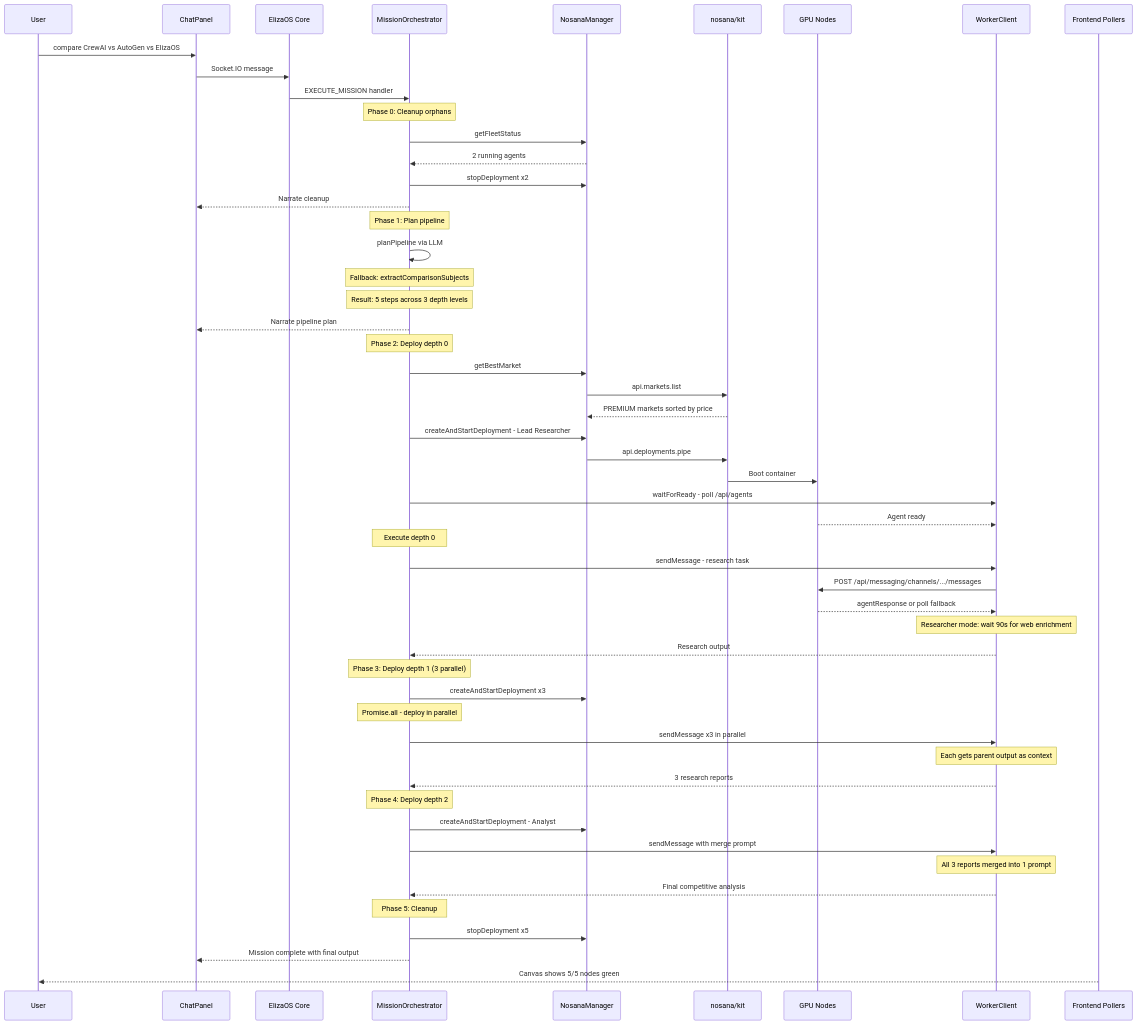
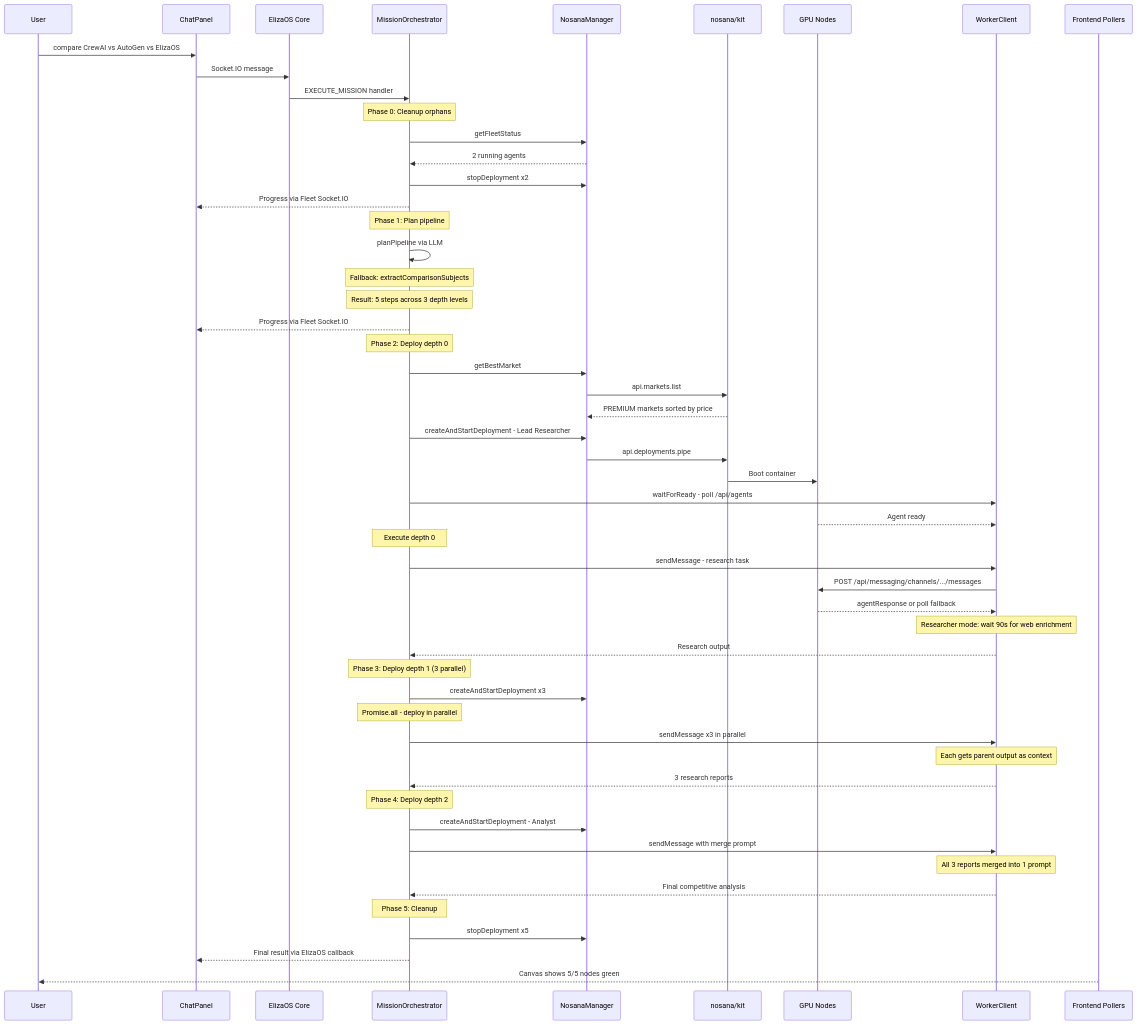
One commit to Andy00L/agent-challenge-4 changed the fourth of 8 diagrams in ARCHITECTURE.md. Above: the diagram before and after it, drawn with Mermaid. The commit also changed other lines of this file and 6 other files, not shown here.

````diff
--- a/ARCHITECTURE.md
+++ b/ARCHITECTURE.md
@@ -121,64 +154,64 @@
 ```mermaid
 sequenceDiagram
     participant User
     participant Chat as ChatPanel
     participant EOS as ElizaOS Core
     participant Orch as MissionOrchestrator
     participant Mgr as NosanaManager
     participant SDK as nosana/kit
     participant GPU as GPU Nodes
     participant WC as WorkerClient
     participant FE as Frontend Pollers
 
     User->>Chat: compare CrewAI vs AutoGen vs ElizaOS
     Chat->>EOS: Socket.IO message
     EOS->>Orch: EXECUTE_MISSION handler
 
     Note over Orch: Phase 0: Cleanup orphans
     Orch->>Mgr: getFleetStatus
     Mgr-->>Orch: 2 running agents
     Orch->>Mgr: stopDeployment x2
-    Orch-->>Chat: Narrate cleanup
+    Orch-->>Chat: Progress via Fleet Socket.IO
 
     Note over Orch: Phase 1: Plan pipeline
     Orch->>Orch: planPipeline via LLM
     Note over Orch: Fallback: extractComparisonSubjects
     Note over Orch: Result: 5 steps across 3 depth levels
-    Orch-->>Chat: Narrate pipeline plan
+    Orch-->>Chat: Progress via Fleet Socket.IO
 
     Note over Orch: Phase 2: Deploy depth 0
     Orch->>Mgr: getBestMarket
     Mgr->>SDK: api.markets.list
     SDK-->>Mgr: PREMIUM markets sorted by price
     Orch->>Mgr: createAndStartDeployment - Lead Researcher
     Mgr->>SDK: api.deployments.pipe
     SDK->>GPU: Boot container
     Orch->>WC: waitForReady - poll /api/agents
     GPU-->>WC: Agent ready
 
     Note over Orch: Execute depth 0
     Orch->>WC: sendMessage - research task
     WC->>GPU: POST /api/messaging/channels/.../messages
     GPU-->>WC: agentResponse or poll fallback
     Note over WC: Researcher mode: wait 90s for web enrichment
     WC-->>Orch: Research output
 
     Note over Orch: Phase 3: Deploy depth 1 (3 parallel)
     Orch->>Mgr: createAndStartDeployment x3
     Note over Orch: Promise.all - deploy in parallel
     Orch->>WC: sendMessage x3 in parallel
     Note over WC: Each gets parent output as context
     WC-->>Orch: 3 research reports
 
     Note over Orch: Phase 4: Deploy depth 2
     Orch->>Mgr: createAndStartDeployment - Analyst
     Orch->>WC: sendMessage with merge prompt
     Note over WC: All 3 reports merged into 1 prompt
     WC-->>Orch: Final competitive analysis
 
     Note over Orch: Phase 5: Cleanup
     Orch->>Mgr: stopDeployment x5
-    Orch-->>Chat: Mission complete with final output
+    Orch-->>Chat: Final result via ElizaOS callback
 
     FE-->>User: Canvas shows 5/5 nodes green
 ```
````
